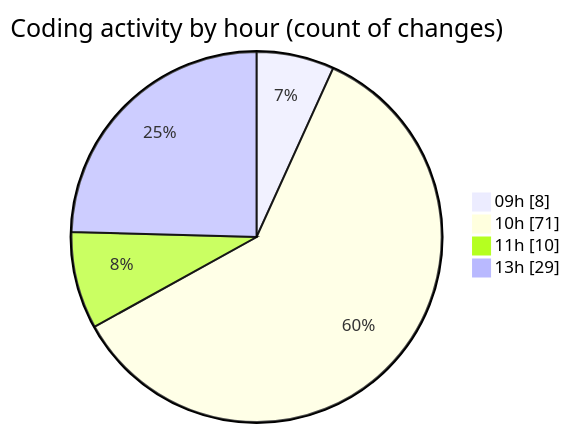
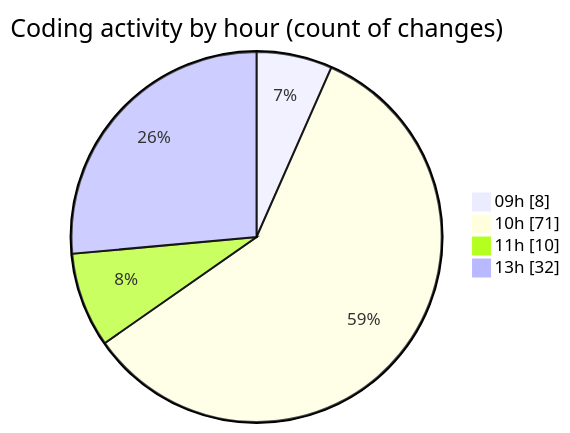
The second of 2 diagrams in 2025-06-03/ecodeli-1/README.md (CELIANVF/code-tracking), drawn with Mermaid before and after one commit. The commit also changed other lines of this file and 1 other file, not shown here.

````diff
--- a/2025-06-03/ecodeli-1/README.md
+++ b/2025-06-03/ecodeli-1/README.md
@@ -73,8 +73,8 @@
 ```mermaid
 pie showData
 title Coding activity by hour (count of changes)
 "09h" : 8
 "10h" : 71
 "11h" : 10
-"13h" : 29
+"13h" : 32
 ```
````
